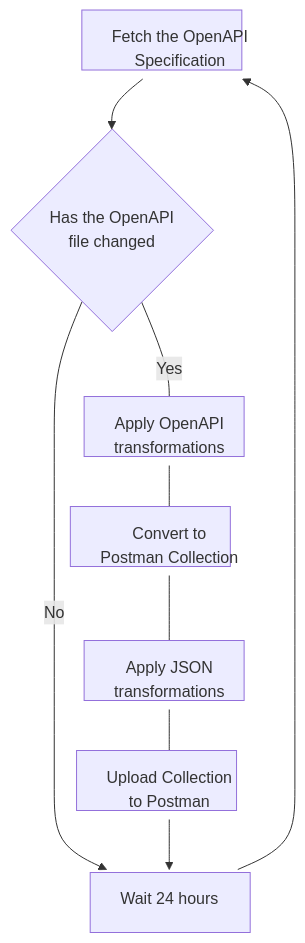
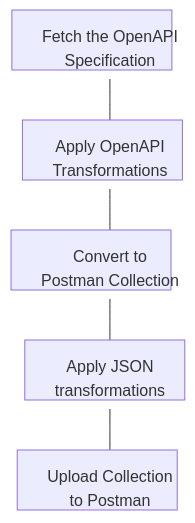
One commit to mongodb/openapi changed the diagram in tools/postman/README.md. Above: the diagram before and after it, drawn with Mermaid. The commit also changed other lines of this file, not shown here.

Commit message:
CLOUDP-269114: Update readme to reflect changes to fetch (#195)

````diff
--- a/tools/postman/README.md
+++ b/tools/postman/README.md
@@ -24,19 +25,13 @@
 ```mermaid
 flowchart TD
-    A[Fetch the OpenAPI Specification] --> B{Has the OpenAPI\n file changed}
-    B --> |Yes| C[Apply OpenAPI\ntransformations]
-    B --> |No| G[Wait 24 hours]
-    C --> D[Convert to\nPostman Collection]
-    D --> E[Apply JSON\ntransformations]
-    E --> F[Upload Collection\nto Postman]
-    F --> G[Wait 24 hours]
-    G --> A[Fetch the OpenAPI\nSpecification]
+    A[Fetch the OpenAPI\nSpecification] --> B[Apply OpenAPI\nTransformations]
+    B --> C[Convert to\nPostman Collection]
+    C --> D[Apply JSON\ntransformations]
+    D --> E[Upload Collection\nto Postman]
 
     style A width:160px,height:60px,text-align:center;
     style B width:160px,height:60px,text-align:center;
     style C width:160px,height:60px,text-align:center;
     style D width:160px,height:60px,text-align:center;
     style E width:160px,height:60px,text-align:center;
-    style F width:160px,height:60px,text-align:center;
-    style G width:160px,height:60px,text-align:center;
 ```
````
